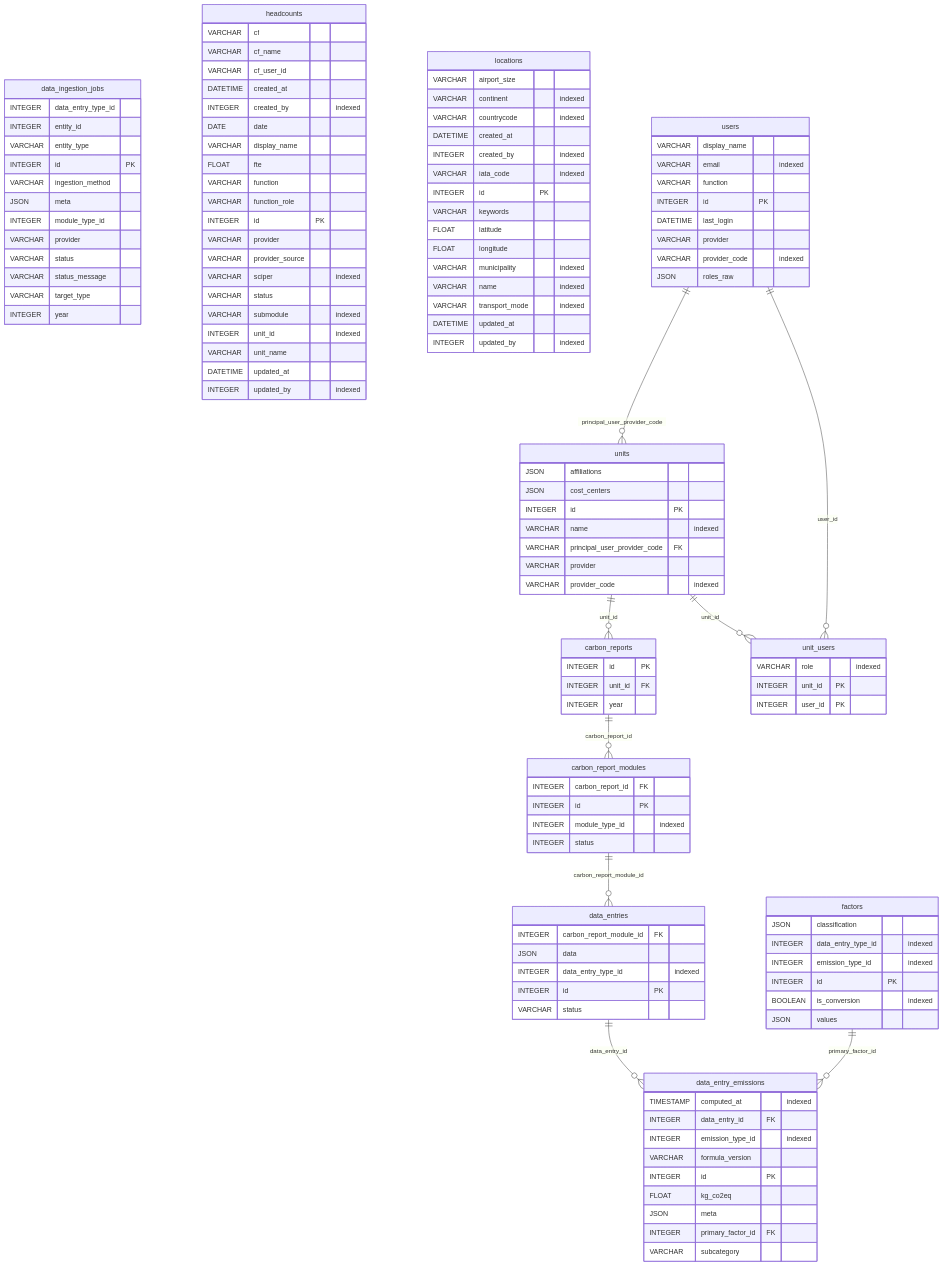
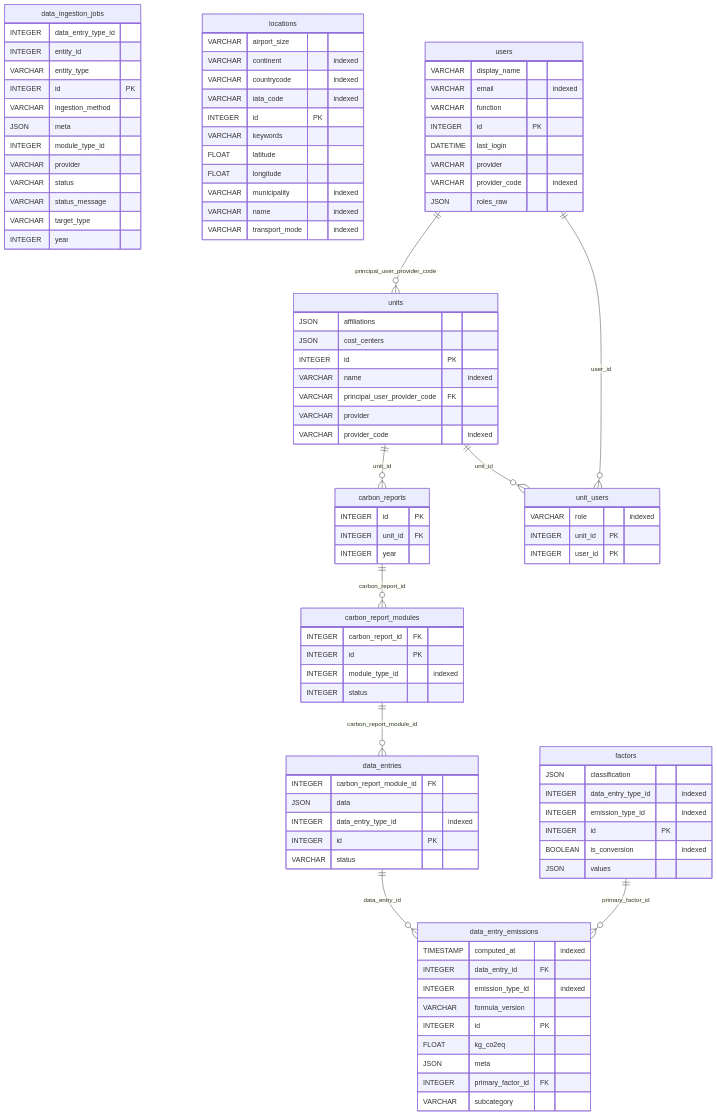
The diagram in docs/src/database/erd.md (EPFL-ENAC/co2-calculator), drawn with Mermaid before and after one commit. The commit also changed 17 other files, not shown here.

```diff
--- a/docs/src/database/erd.md
+++ b/docs/src/database/erd.md
@@ -53,34 +53,10 @@
     BOOLEAN is_conversion "indexed"
     JSON values
   }
-  headcounts {
-    VARCHAR cf
-    VARCHAR cf_name
-    VARCHAR cf_user_id
-    DATETIME created_at
-    INTEGER created_by "indexed"
-    DATE date
-    VARCHAR display_name
-    FLOAT fte
-    VARCHAR function
-    VARCHAR function_role
-    INTEGER id PK
-    VARCHAR provider
-    VARCHAR provider_source
-    VARCHAR sciper "indexed"
-    VARCHAR status
-    VARCHAR submodule "indexed"
-    INTEGER unit_id "indexed"
-    VARCHAR unit_name
-    DATETIME updated_at
-    INTEGER updated_by "indexed"
-  }
   locations {
     VARCHAR airport_size
     VARCHAR continent "indexed"
     VARCHAR countrycode "indexed"
-    DATETIME created_at
-    INTEGER created_by "indexed"
     VARCHAR iata_code "indexed"
     INTEGER id PK
     VARCHAR keywords
@@ -89,8 +65,6 @@
     VARCHAR municipality "indexed"
     VARCHAR name "indexed"
     VARCHAR transport_mode "indexed"
-    DATETIME updated_at
-    INTEGER updated_by "indexed"
   }
   unit_users {
     VARCHAR role "indexed"
```
